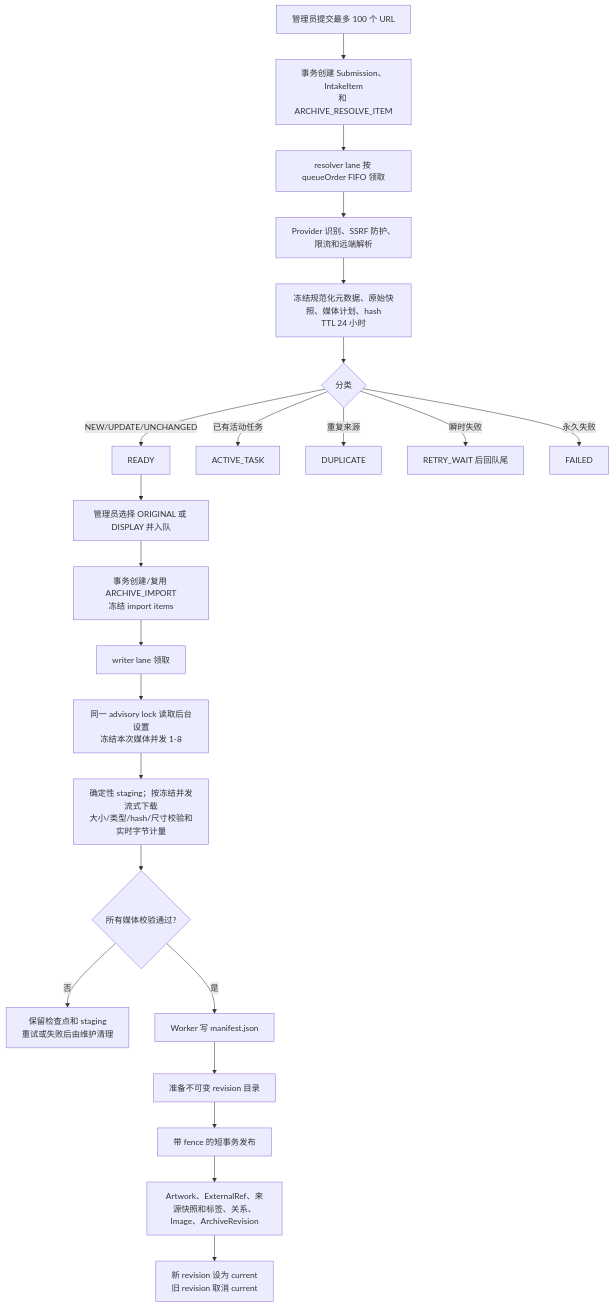
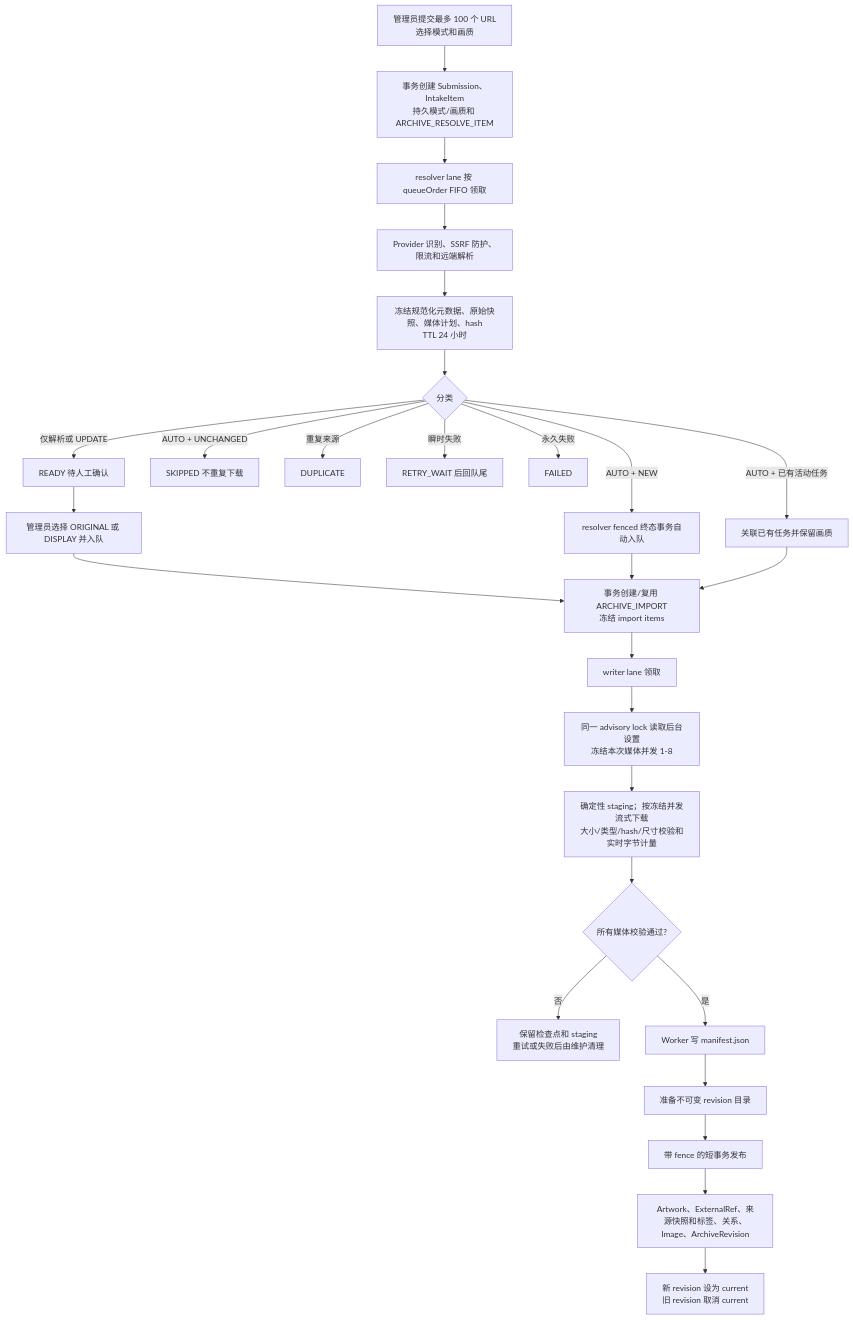
Before and after one commit to namehu/PixiShelf: the eighth of 12 diagrams in docs/architecture/background-job-business-flows.md, drawn with Mermaid. The commit also changed other lines of this file and 53 other files, not shown here.

First line of the commit message:
feat(archive-intake): 归档支持解析后自动下载并精简任务展示

````diff
--- a/docs/architecture/background-job-business-flows.md
+++ b/docs/architecture/background-job-business-flows.md
@@ -431,26 +431,30 @@
 ```mermaid
 flowchart TD
-  URL[管理员提交最多 100 个 URL] --> CREATE[事务创建 Submission、IntakeItem\n和 ARCHIVE_RESOLVE_ITEM]
+  URL[管理员提交最多 100 个 URL\n选择模式和画质] --> CREATE[事务创建 Submission、IntakeItem\n持久模式/画质和 ARCHIVE_RESOLVE_ITEM]
   CREATE --> FIFO[resolver lane 按 queueOrder FIFO 领取]
   FIFO --> REMOTE[Provider 识别、SSRF 防护、限流和远端解析]
   REMOTE --> FROZEN[冻结规范化元数据、原始快照、媒体计划、hash\nTTL 24 小时]
   FROZEN --> CLASSIFY{分类}
-  CLASSIFY -->|NEW/UPDATE/UNCHANGED| READY[READY]
-  CLASSIFY -->|已有活动任务| ACTIVE[ACTIVE_TASK]
+  CLASSIFY -->|仅解析或 UPDATE| READY[READY 待人工确认]
+  CLASSIFY -->|AUTO + NEW| AUTO[resolver fenced 终态事务自动入队]
+  CLASSIFY -->|AUTO + UNCHANGED| SKIP[SKIPPED 不重复下载]
+  CLASSIFY -->|AUTO + 已有活动任务| ACTIVE[关联已有任务并保留画质]
   CLASSIFY -->|重复来源| DUP[DUPLICATE]
   CLASSIFY -->|瞬时失败| RETRY[RETRY_WAIT 后回队尾]
   CLASSIFY -->|永久失败| FAIL[FAILED]
 
   READY --> SELECT[管理员选择 ORIGINAL 或 DISPLAY 并入队]
   SELECT --> IMPORT[事务创建/复用 ARCHIVE_IMPORT\n冻结 import items]
+  AUTO --> IMPORT
+  ACTIVE --> IMPORT
   IMPORT --> WRITER[writer lane 领取]
   WRITER --> CONFIG[同一 advisory lock 读取后台设置\n冻结本次媒体并发 1-8]
   CONFIG --> STAGING[确定性 staging；按冻结并发流式下载\n大小/类型/hash/尺寸校验和实时字节计量]
   STAGING --> ALL{所有媒体校验通过?}
   ALL -->|否| KEEP[保留检查点和 staging\n重试或失败后由维护清理]
   ALL -->|是| MANIFEST[Worker 写 manifest.json]
   MANIFEST --> REV[准备不可变 revision 目录]
   REV --> PUB[带 fence 的短事务发布]
   PUB --> DATA[Artwork、ExternalRef、来源快照和标签、关系、Image、ArchiveRevision]
   DATA --> CURRENT[新 revision 设为 current\n旧 revision 取消 current]
 ```
````
